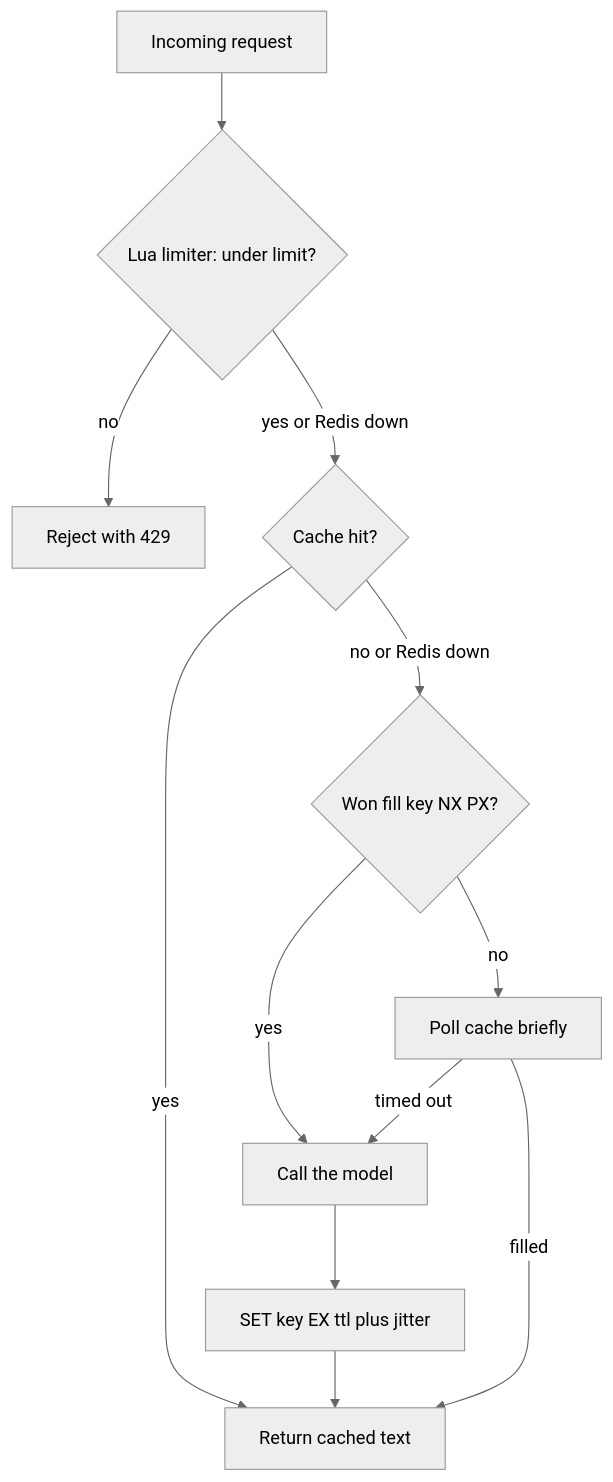
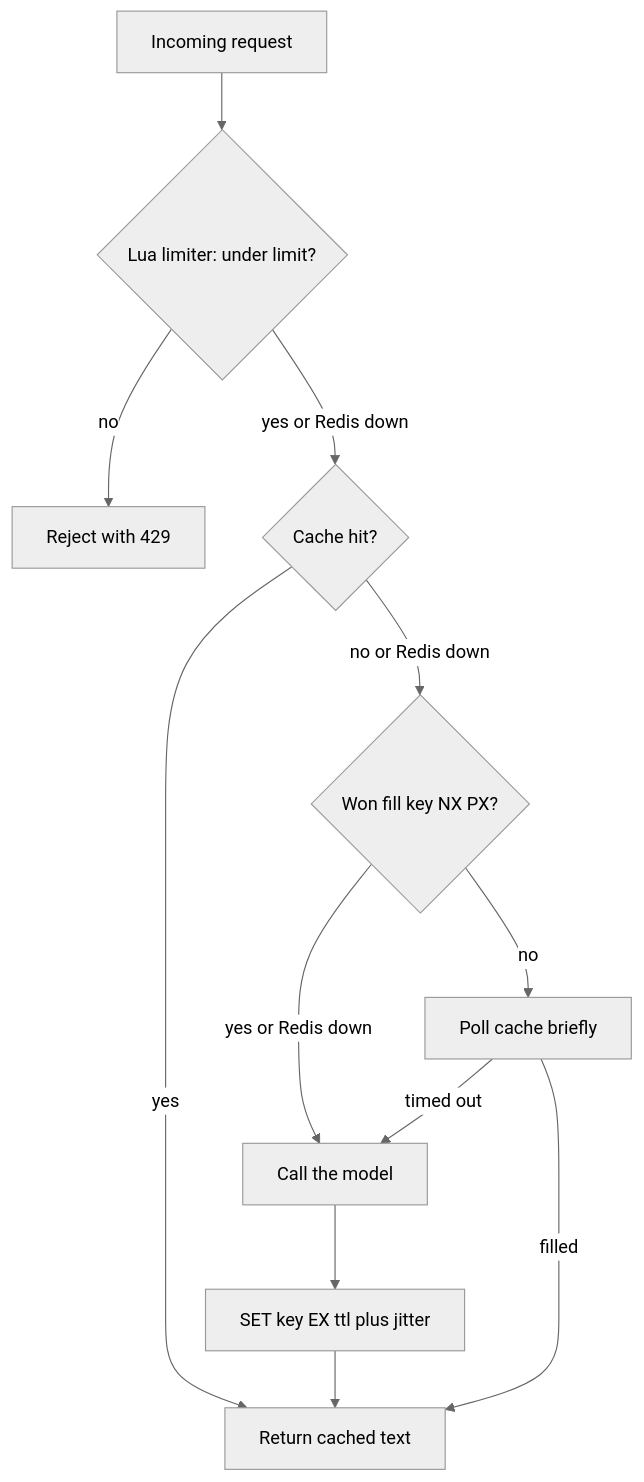
Before and after one commit to lovishmahajan97/agentic-learning: the diagram in content/node-ts-for-ai/redis.md, drawn with Mermaid (neutral theme). The commit also changed other lines of this file and 213 other files, not shown here.

````diff
--- a/content/node-ts-for-ai/redis.md
+++ b/content/node-ts-for-ai/redis.md
@@ -128,14 +128,14 @@
 ```mermaid
 flowchart TD
     R["Incoming request"] --> L{"Lua limiter: under limit?"}
     L -->|"no"| E["Reject with 429"]
     L -->|"yes or Redis down"| C{"Cache hit?"}
     C -->|"yes"| H["Return cached text"]
     C -->|"no or Redis down"| F{"Won fill key NX PX?"}
-    F -->|"yes"| M["Call the model"]
+    F -->|"yes or Redis down"| M["Call the model"]
     M --> S["SET key EX ttl plus jitter"]
     S --> H
     F -->|"no"| P["Poll cache briefly"]
     P -->|"filled"| H
     P -->|"timed out"| M
 ```
````
